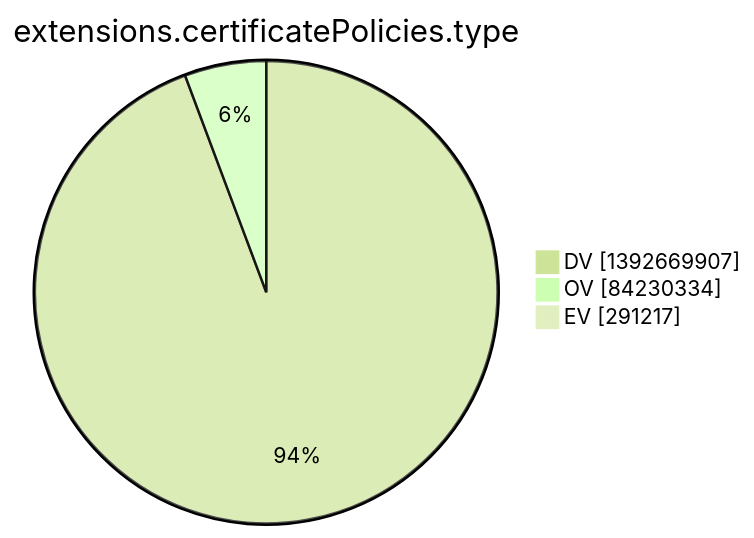
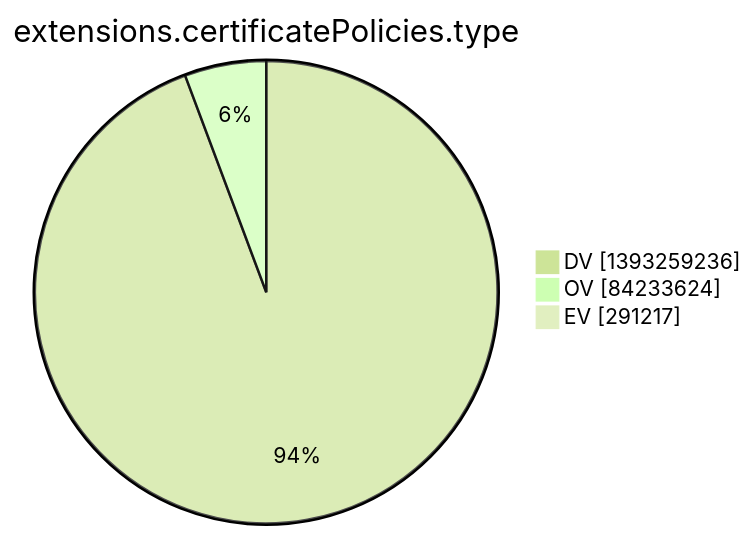
The tenth of 15 diagrams in argon2022/README.md (christiankrug/ctmonitor_visualization), drawn with Mermaid (forest theme) before and after one commit. The commit also changed other lines of this file, not shown here.

````diff
--- a/argon2022/README.md
+++ b/argon2022/README.md
@@ -2773,7 +2773,7 @@
 ```mermaid
 pie showData
 title extensions.certificatePolicies.type
-"DV" :1392669907
-"OV" :84230334
+"DV" :1393259236
+"OV" :84233624
 "EV" :291217
 ```
````
